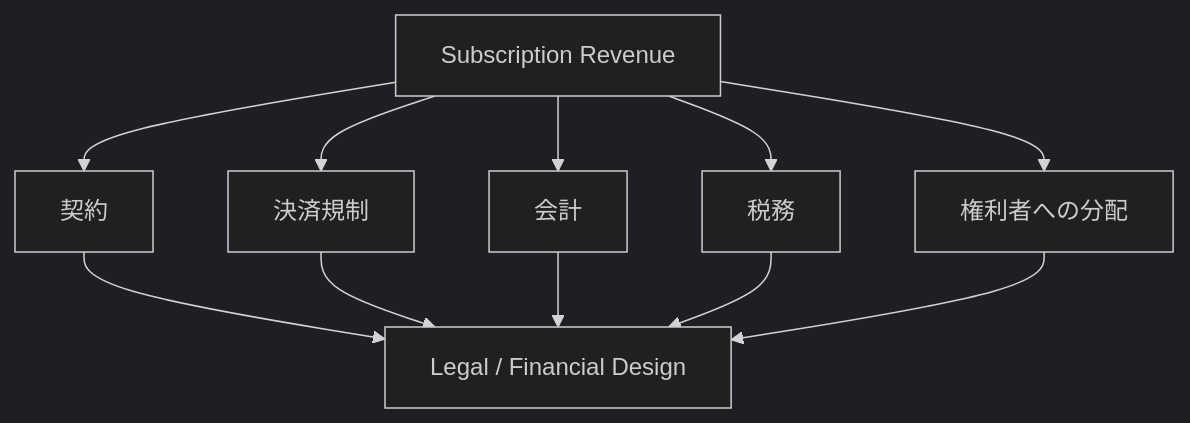
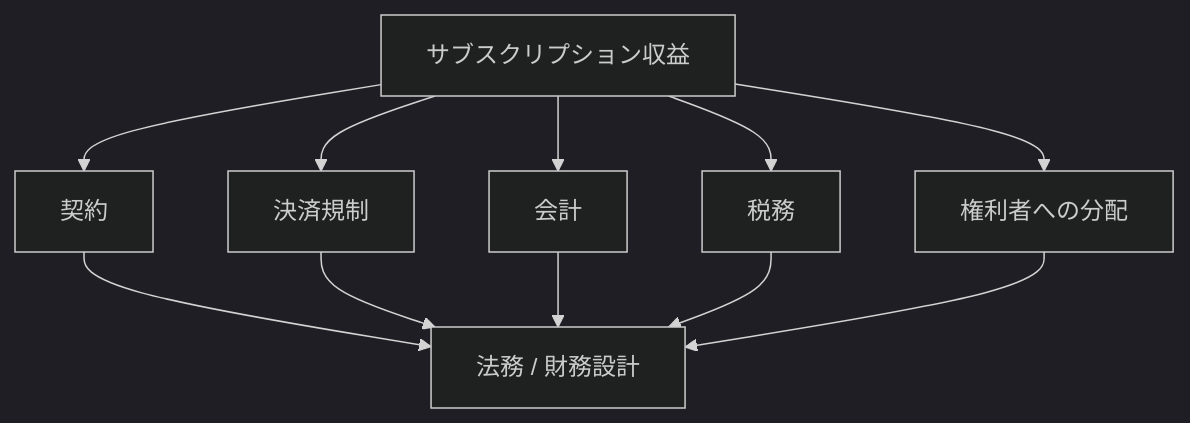
The ninth of 17 diagrams in docs/whitepaper/03-rights-and-money.md (ShigeichiroYamasaki/creator-first-platform), drawn with Mermaid (dark theme) before and after one commit. The commit also changed other lines of this file and 72 other files, not shown here.

````diff
--- a/docs/whitepaper/03-rights-and-money.md
+++ b/docs/whitepaper/03-rights-and-money.md
@@ -229,14 +229,14 @@
 ```mermaid
 flowchart TD
-    MONEY[Subscription Revenue]
+    MONEY[サブスクリプション収益]
     MONEY --> CONTRACT[契約]
     MONEY --> PAYMENT[決済規制]
     MONEY --> ACCOUNTING[会計]
     MONEY --> TAX[税務]
     MONEY --> DISTRIBUTION[権利者への分配]
-    CONTRACT --> DESIGN[Legal / Financial Design]
+    CONTRACT --> DESIGN[法務 / 財務設計]
     PAYMENT --> DESIGN
     ACCOUNTING --> DESIGN
     TAX --> DESIGN
     DISTRIBUTION --> DESIGN
 ```
````
